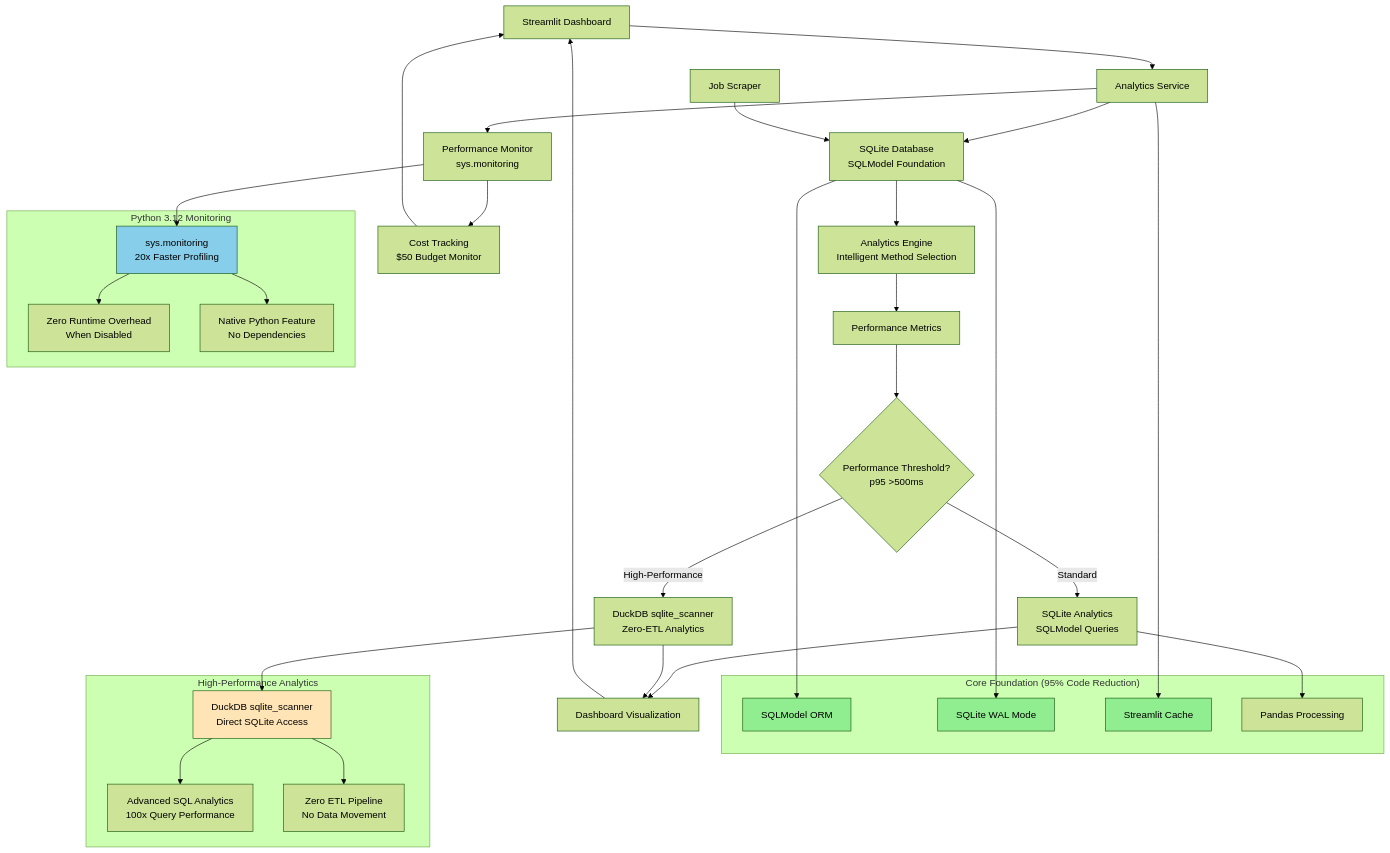
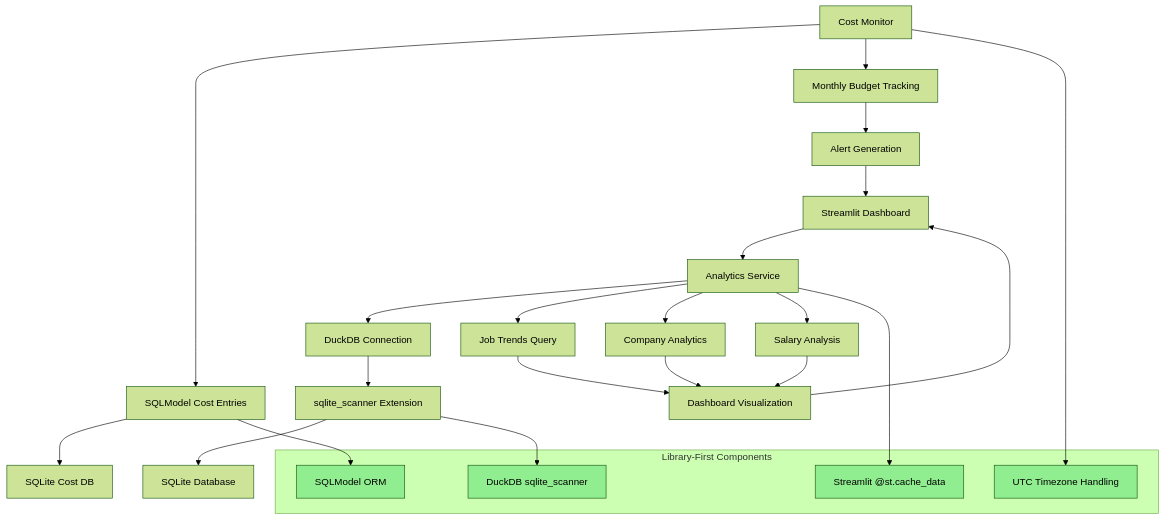
One commit to BjornMelin/ai-job-scraper changed the diagram in docs/adrs/ADR-019-analytics-evolution-strategy.md. Above: the diagram before and after it, drawn with Mermaid (forest theme). The commit also changed other lines of this file and 12 other files, not shown here.

First line of the commit message:
feat(docs): update README and PRD for DuckDB analytics and cost monitoring

````diff
--- a/docs/adrs/ADR-019-analytics-evolution-strategy.md
+++ b/docs/adrs/ADR-019-analytics-evolution-strategy.md
@@ -68,59 +68,40 @@
 ```mermaid
 graph TD
     A[Streamlit Dashboard] --> B[Analytics Service]
-    B --> C[SQLite Database<br/>SQLModel Foundation]
-    B --> D[Performance Monitor<br/>sys.monitoring]
+    B --> C[DuckDB Connection]
+    C --> D[sqlite_scanner Extension]
+    D --> E[SQLite Database]
     
-    F[Job Scraper] --> C
-    C --> G[Analytics Engine<br/>Intelligent Method Selection]
-    G --> H[Performance Metrics]
+    F[Cost Monitor] --> G[SQLModel Cost Entries]
+    G --> H[SQLite Cost DB]
     
-    H --> I{Performance Threshold?<br/>p95 >500ms}
-    I -->|Standard| J[SQLite Analytics<br/>SQLModel Queries]
-    I -->|High-Performance| K[DuckDB sqlite_scanner<br/>Zero-ETL Analytics]
+    B --> I[Job Trends Query]
+    B --> J[Company Analytics]
+    B --> K[Salary Analysis]
     
-    J --> L[Dashboard Visualization]
+    I --> L[Dashboard Visualization]
+    J --> L
     K --> L
     L --> A
     
-    D --> M[Cost Tracking<br/>$50 Budget Monitor]
-    M --> A
+    F --> M[Monthly Budget Tracking]
+    M --> N[Alert Generation]
+    N --> A
     
-    subgraph "Core Foundation (95% Code Reduction)"
-        N[SQLModel ORM]
-        O[SQLite WAL Mode]  
-        P[Streamlit Cache]
-        Q[Pandas Processing]
+    subgraph "Library-First Components"
+        O[DuckDB sqlite_scanner]
+        P[SQLModel ORM]
+        Q[Streamlit @st.cache_data]
+        R[UTC Timezone Handling]
     end
     
-    C --> N
-    C --> O
-    B --> P
-    J --> Q
+    D --> O
+    G --> P
+    B --> Q
+    F --> R
     
-    subgraph "High-Performance Analytics"
-        R[DuckDB sqlite_scanner<br/>Direct SQLite Access]
-        S[Advanced SQL Analytics<br/>100x Query Performance]
-        T[Zero ETL Pipeline<br/>No Data Movement]
-    end
-    
-    K --> R
-    R --> S
-    R --> T
-    
-    subgraph "Python 3.12 Monitoring"
-        U[sys.monitoring<br/>20x Faster Profiling]
-        V[Zero Runtime Overhead<br/>When Disabled]
-        W[Native Python Feature<br/>No Dependencies]
-    end
-    
-    D --> U
-    U --> V
-    U --> W
-    
-    style N fill:#90EE90
     style O fill:#90EE90
     style P fill:#90EE90
-    style R fill:#FFE4B5
-    style U fill:#87CEEB
+    style Q fill:#90EE90
+    style R fill:#90EE90
 ```
````
